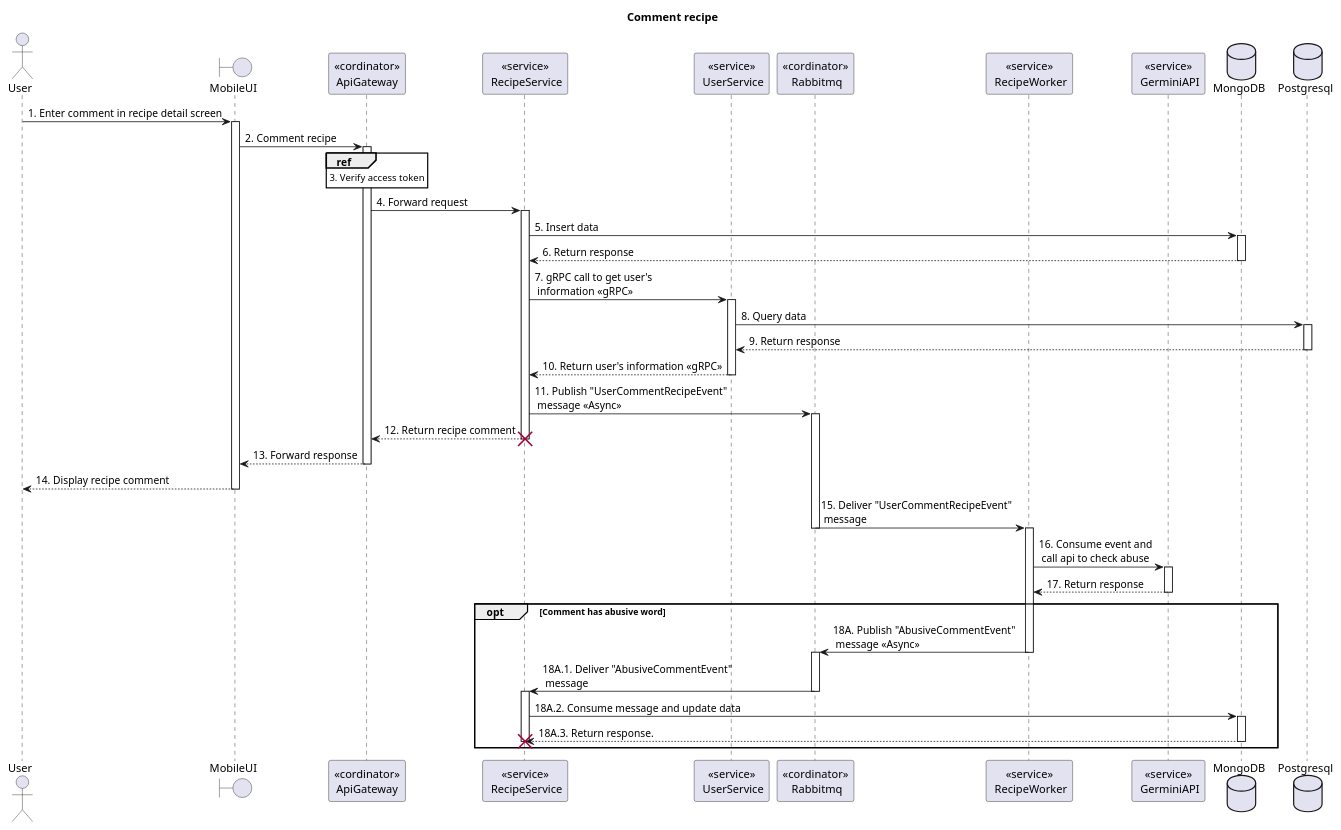
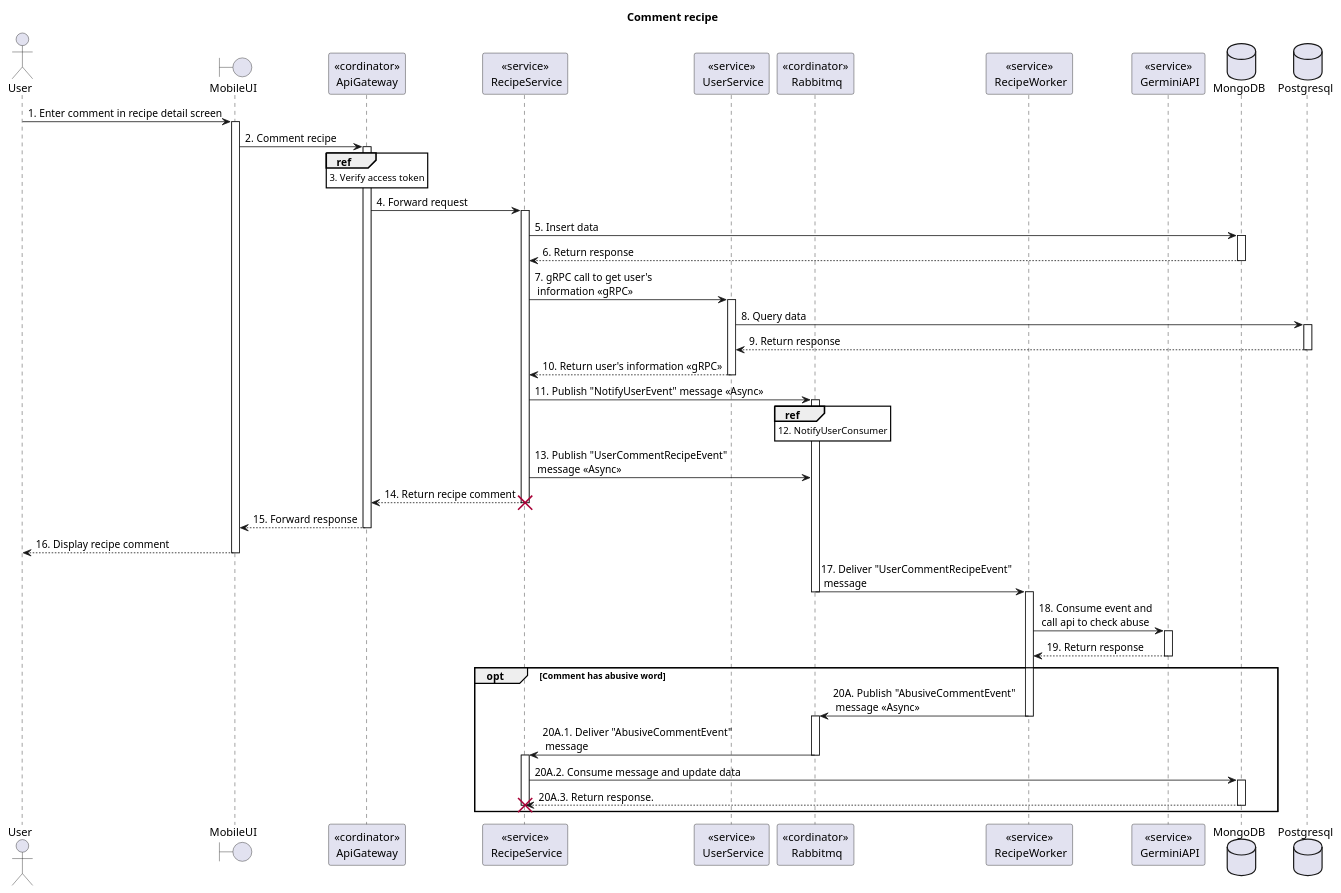
The diagram in doc/SDS/Recipe/Comment recipe/Sequence.plantuml (Carl-Johnsons/tastopia), drawn with PlantUML before and after one commit. The commit also changed 5 other files, not shown here.

Commit message:
doc: add notification sequence diagrams

```diff
--- a/doc/SDS/Recipe/Comment recipe/Sequence.plantuml
+++ b/doc/SDS/Recipe/Comment recipe/Sequence.plantuml
@@ -1,64 +1,65 @@
 @startuml Sequence
 title "Comment recipe"
 <style>
   sequenceDiagram {
     reference {
       BackGroundColor white
     }
 }
 </style>
 
 actor User
 boundary MobileUI
 participant "<<cordinator>>\nApiGateway" as ApiGateway
 participant "<<service>>\n RecipeService" as RecipeService
 participant "<<service>>\n UserService" as UserService
 participant "<<cordinator>>\n Rabbitmq" as Rabbitmq
 participant "<<service>>\n RecipeWorker" as RecipeWorker
 participant "<<service>>\n GerminiAPI" as GerminiAPI
 database MongoDB
 database Postgresql
 
 User -> MobileUI++: 1. Enter comment in recipe detail screen
 
 MobileUI -> ApiGateway++: 2. Comment recipe
 
 ref over ApiGateway: 3. Verify access token
 
 ApiGateway -> RecipeService++: 4. Forward request
 
 RecipeService -> MongoDB++: 5. Insert data
 RecipeService <-- MongoDB--: 6. Return response
 
 RecipeService -> UserService++: 7. gRPC call to get user's \n information <<gRPC>>
 UserService -> Postgresql++: 8. Query data
 UserService <-- Postgresql--: 9. Return response
 RecipeService <-- UserService--: 10. Return user's information <<gRPC>>
 
-RecipeService -> Rabbitmq++: 11. Publish "UserCommentRecipeEvent" \n message <<Async>>
+RecipeService -> Rabbitmq++: 11. Publish "NotifyUserEvent" message <<Async>>
+ref over Rabbitmq: 12. NotifyUserConsumer
+RecipeService -> Rabbitmq: 13. Publish "UserCommentRecipeEvent" \n message <<Async>>
+ApiGateway <-- RecipeService--: 14. Return recipe comment
+destroy RecipeService
+MobileUI <-- ApiGateway--: 15. Forward response
+User <-- MobileUI--: 16. Display recipe comment
 
-ApiGateway <-- RecipeService--: 12. Return recipe comment
-destroy RecipeService
-MobileUI <-- ApiGateway--: 13. Forward response
-User <-- MobileUI--: 14. Display recipe comment
-
-Rabbitmq -> RecipeWorker: 15. Deliver "UserCommentRecipeEvent"\n message
+Rabbitmq -> RecipeWorker: 17. Deliver "UserCommentRecipeEvent"\n message
 deactivate Rabbitmq
 activate RecipeWorker
 
-RecipeWorker -> GerminiAPI++: 16. Consume event and \n call api to check abuse
-RecipeWorker <-- GerminiAPI--: 17. Return response
+RecipeWorker -> GerminiAPI++: 18. Consume event and \n call api to check abuse
+RecipeWorker <-- GerminiAPI--: 19. Return response
 
 opt Comment has abusive word
-    RecipeWorker -> Rabbitmq: 18A. Publish "AbusiveCommentEvent" \n message <<Async>>
+    RecipeWorker -> Rabbitmq: 20A. Publish "AbusiveCommentEvent" \n message <<Async>>
     deactivate RecipeWorker
     activate Rabbitmq
-    Rabbitmq -> RecipeService: 18A.1. Deliver "AbusiveCommentEvent"\n message
+    Rabbitmq -> RecipeService: 20A.1. Deliver "AbusiveCommentEvent"\n message
     deactivate Rabbitmq
     activate RecipeService
-    RecipeService -> MongoDB++: 18A.2. Consume message and update data
-    RecipeService <-- MongoDB--: 18A.3. Return response.
+    RecipeService -> MongoDB++: 20A.2. Consume message and update data
+    RecipeService <-- MongoDB--: 20A.3. Return response.
     destroy RecipeService
     deactivate RecipeService
 end opt
 @enduml
```
